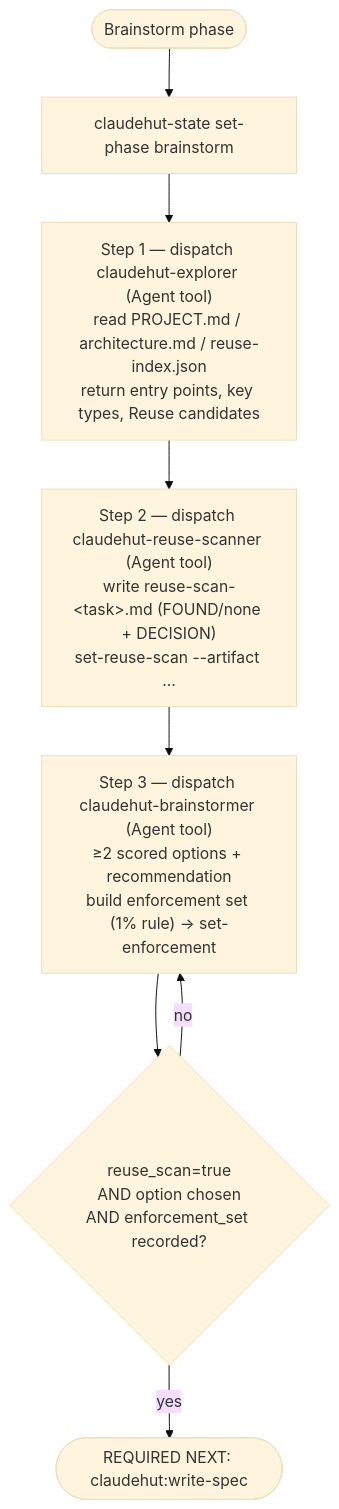
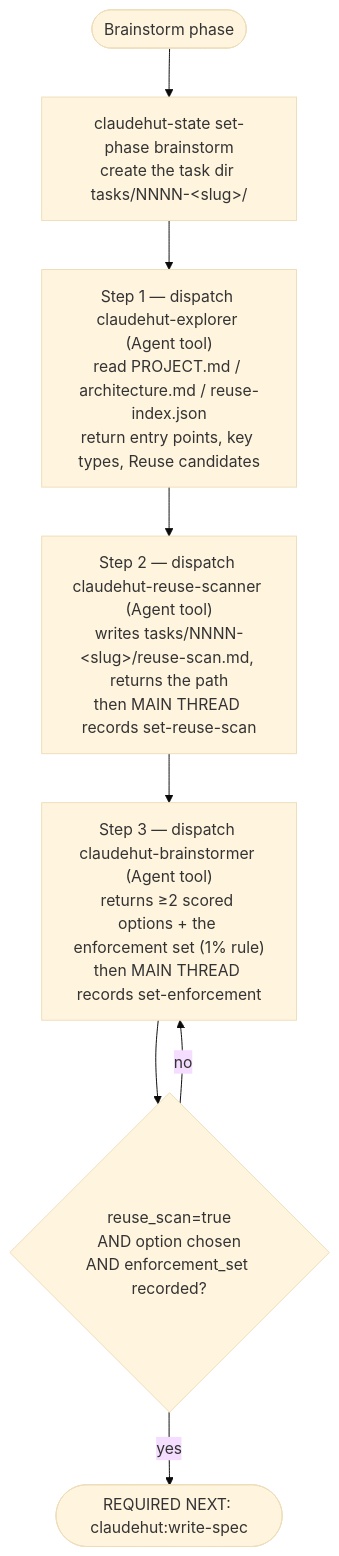
Before and after one commit to taipt1504/claudehut: the diagram in skills/brainstorm/SKILL.md, drawn with Mermaid (base theme). The commit also changed other lines of this file and 30 other files, not shown here.

````diff
--- a/skills/brainstorm/SKILL.md
+++ b/skills/brainstorm/SKILL.md
@@ -25,10 +25,10 @@
 ```mermaid
 flowchart TB
-    start([Brainstorm phase]) --> ph["claudehut-state set-phase brainstorm"]
+    start([Brainstorm phase]) --> ph["claudehut-state set-phase brainstorm<br/>create the task dir tasks/NNNN-&lt;slug&gt;/"]
     ph --> explore["Step 1 — dispatch claudehut-explorer (Agent tool)<br/>read PROJECT.md / architecture.md / reuse-index.json<br/>return entry points, key types, Reuse candidates"]
-    explore --> reuse["Step 2 — dispatch claudehut-reuse-scanner (Agent tool)<br/>write reuse-scan-&lt;task&gt;.md (FOUND/none + DECISION)<br/>set-reuse-scan --artifact …"]
-    reuse --> opts["Step 3 — dispatch claudehut-brainstormer (Agent tool)<br/>≥2 scored options + recommendation<br/>build enforcement set (1% rule) → set-enforcement"]
+    explore --> reuse["Step 2 — dispatch claudehut-reuse-scanner (Agent tool)<br/>writes tasks/NNNN-&lt;slug&gt;/reuse-scan.md, returns the path<br/>then MAIN THREAD records set-reuse-scan"]
+    reuse --> opts["Step 3 — dispatch claudehut-brainstormer (Agent tool)<br/>returns ≥2 scored options + the enforcement set (1% rule)<br/>then MAIN THREAD records set-enforcement"]
     opts --> gate{"reuse_scan=true<br/>AND option chosen<br/>AND enforcement_set recorded?"}
     gate -- no --> opts
     gate -- yes --> done([REQUIRED NEXT: claudehut:write-spec])
 ```
````
